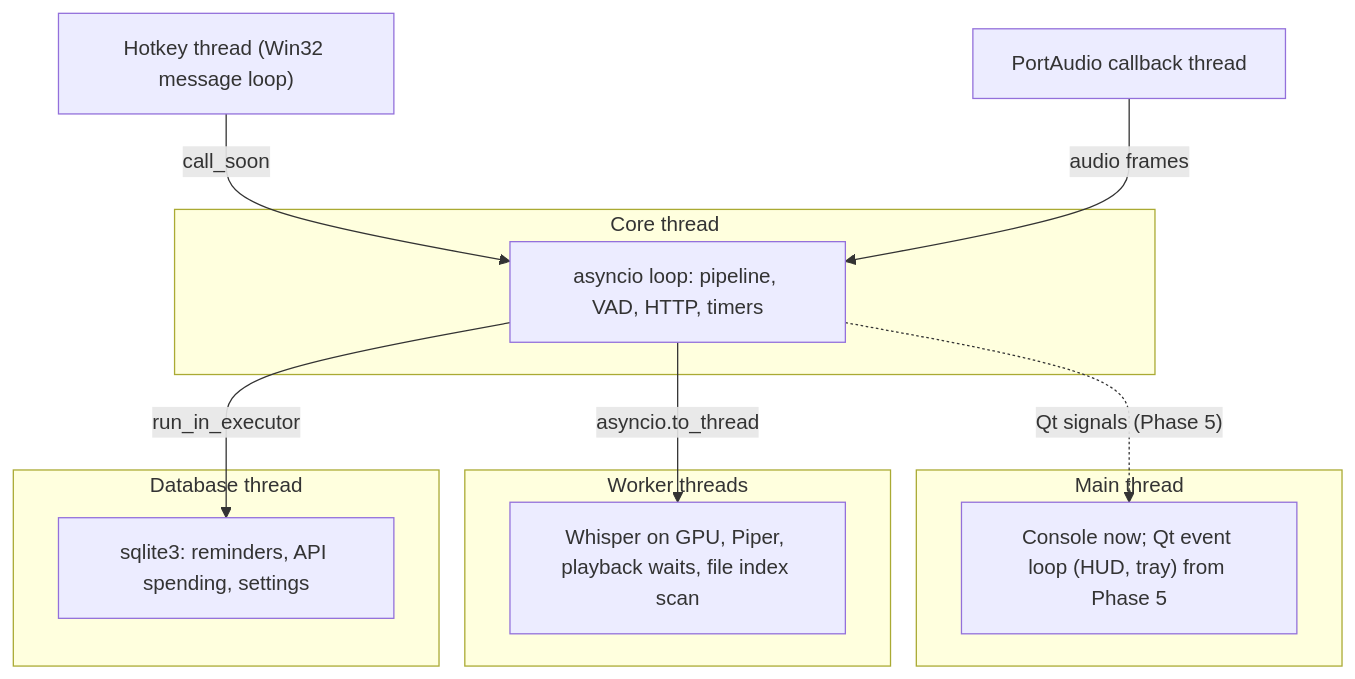
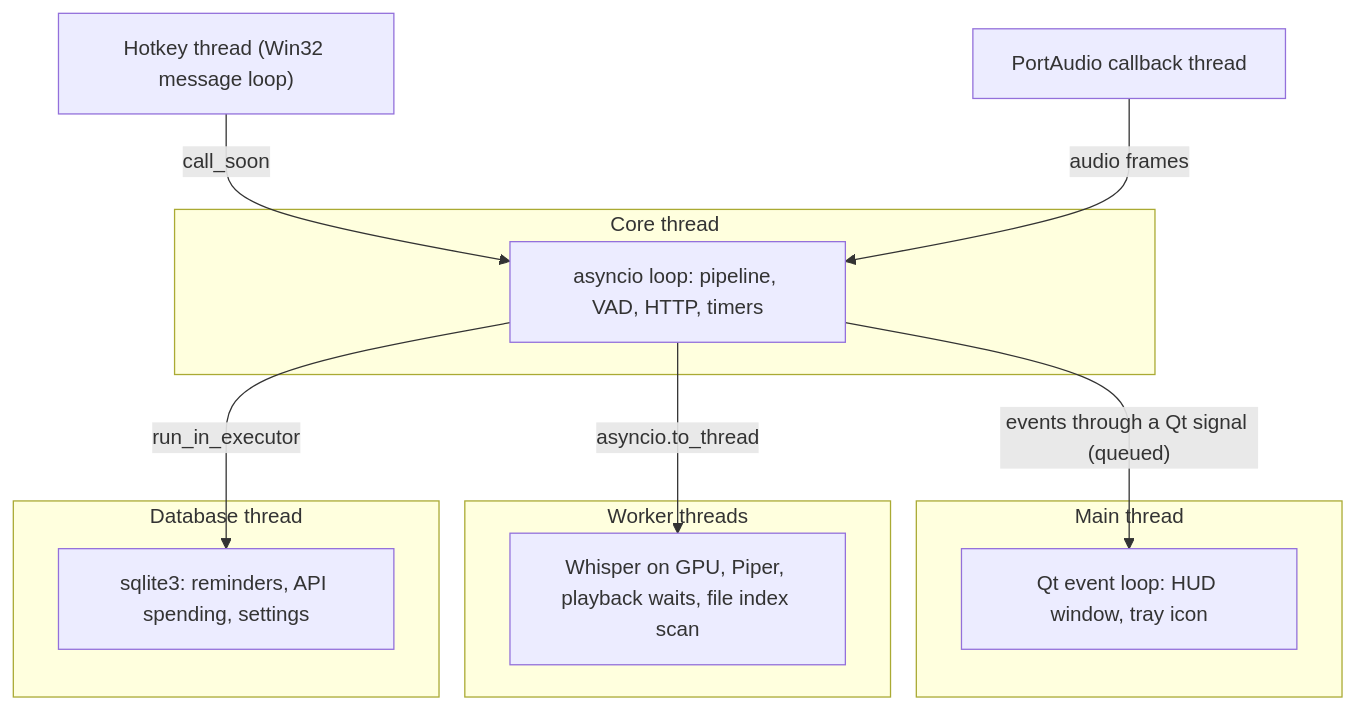
Before and after one commit to VitorCamprubi/jarvis: the fourth of 4 diagrams in docs/ARCHITECTURE.md, drawn with Mermaid. The commit also changed other lines of this file and 1 other file, not shown here.

Commit message:
docs: describe the Phase 5 HUD

````diff
--- a/docs/ARCHITECTURE.md
+++ b/docs/ARCHITECTURE.md
@@ -143,20 +143,20 @@
 ```mermaid
 flowchart TB
     subgraph main["Main thread"]
-        HUD["Console now; Qt event loop (HUD, tray) from Phase 5"]
+        HUD["Qt event loop: HUD window, tray icon"]
     end
     subgraph core["Core thread"]
         LOOP["asyncio loop: pipeline, VAD, HTTP, timers"]
     end
     subgraph pool["Worker threads"]
         W["Whisper on GPU, Piper, playback waits, file index scan"]
     end
     subgraph db["Database thread"]
         SQL["sqlite3: reminders, API spending, settings"]
     end
     HK["Hotkey thread (Win32 message loop)"] -- call_soon --> LOOP
     MIC["PortAudio callback thread"] -- audio frames --> LOOP
     LOOP -- "asyncio.to_thread" --> W
     LOOP -- "run_in_executor" --> SQL
-    LOOP -. "Qt signals (Phase 5)" .-> HUD
+    LOOP -- "events through a Qt signal (queued)" --> HUD
 ```
````
